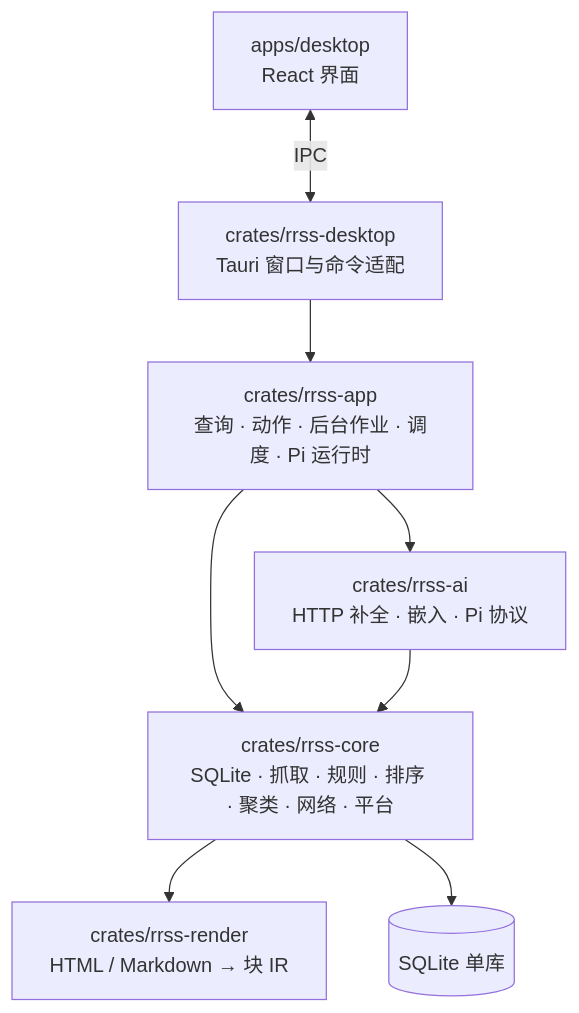
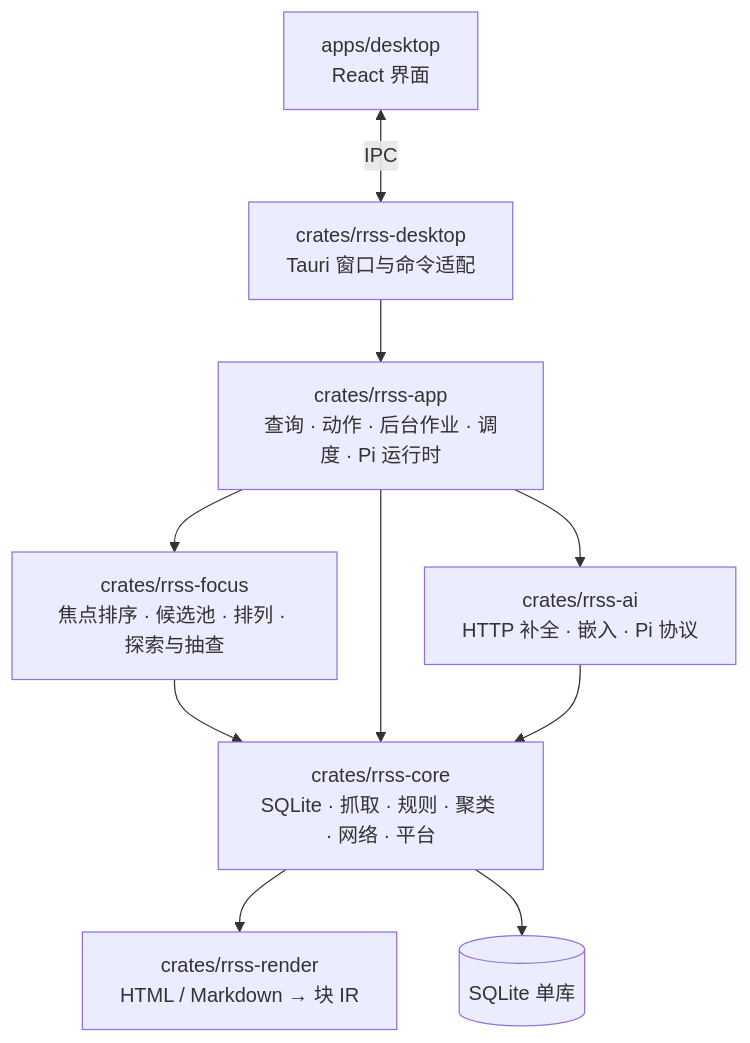
Before and after one commit to rrss-app/rrss: the diagram in doc/architecture.md, drawn with Mermaid. The commit also changed other lines of this file and 66 other files, not shown here.

First line of the commit message:
Refactor: move Focus ranking into its own rrss-focus crate

````diff
--- a/doc/architecture.md
+++ b/doc/architecture.md
@@ -14,17 +14,20 @@
 ```mermaid
 flowchart TB
     UI["apps/desktop<br/>React 界面"]
     Host["crates/rrss-desktop<br/>Tauri 窗口与命令适配"]
     App["crates/rrss-app<br/>查询 · 动作 · 后台作业 · 调度 · Pi 运行时"]
-    Core["crates/rrss-core<br/>SQLite · 抓取 · 规则 · 排序 · 聚类 · 网络 · 平台"]
+    Focus["crates/rrss-focus<br/>焦点排序 · 候选池 · 排列 · 探索与抽查"]
+    Core["crates/rrss-core<br/>SQLite · 抓取 · 规则 · 聚类 · 网络 · 平台"]
     Render["crates/rrss-render<br/>HTML / Markdown → 块 IR"]
     AI["crates/rrss-ai<br/>HTTP 补全 · 嵌入 · Pi 协议"]
     DB[("SQLite 单库")]
     UI <-->|IPC| Host
     Host --> App
+    App --> Focus
+    Focus --> Core
     App --> Core
     App --> AI
     AI --> Core
     Core --> Render
     Core --> DB
 ```
````
